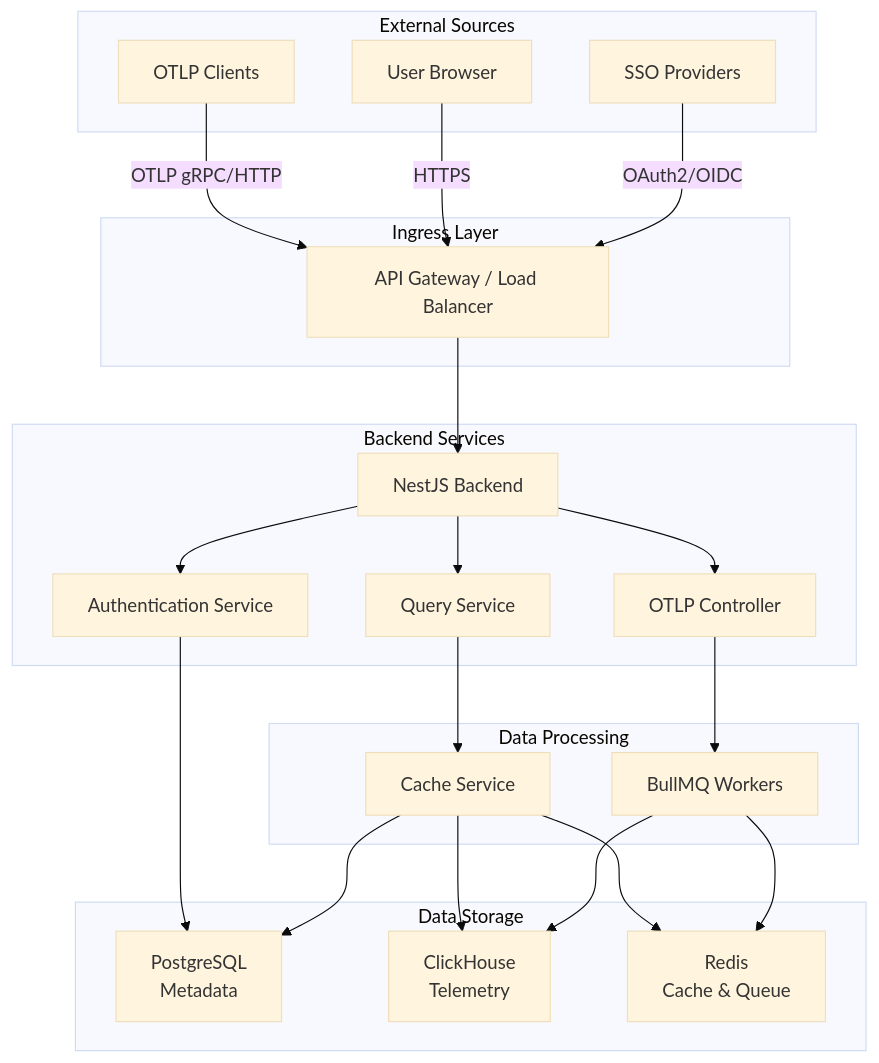
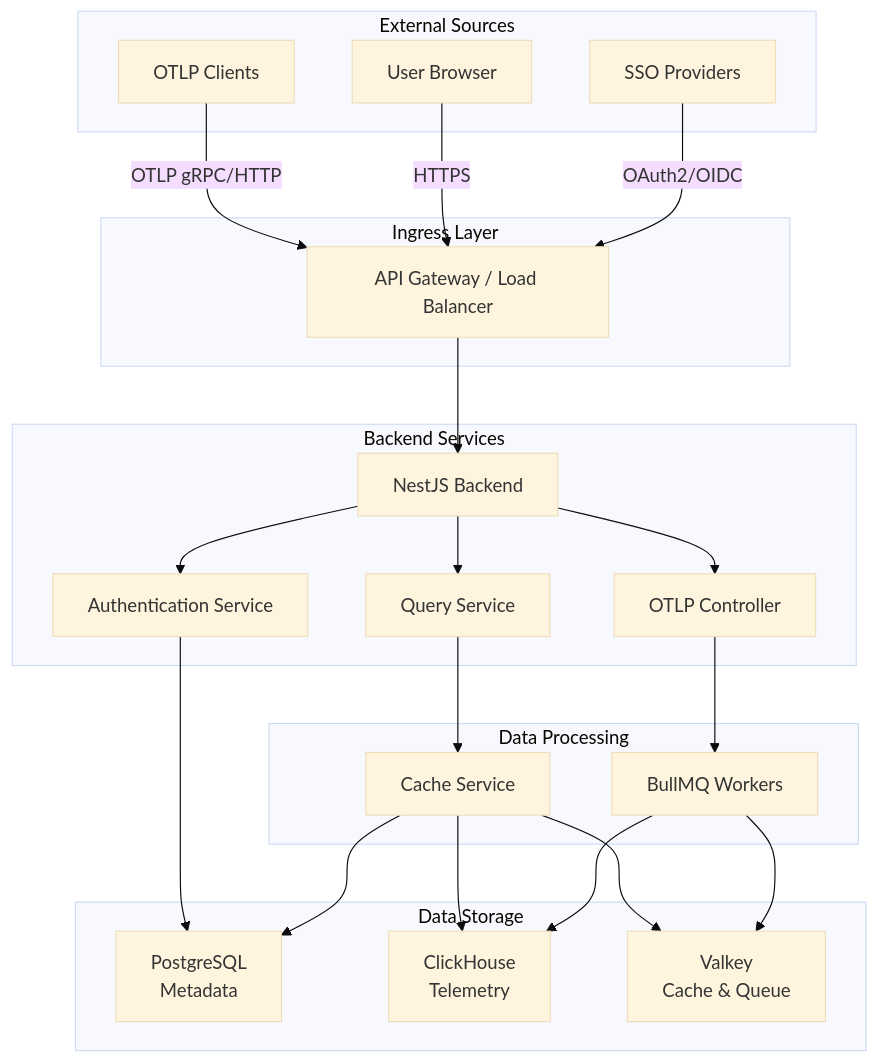
One commit to telemetryflow/telemetryflow-overview changed the first of 14 diagrams in architecture/02-DATA-FLOW.md. Above: the diagram before and after it, drawn with Mermaid (base theme). The commit also changed other lines of this file and 23 other files, not shown here.

First line of the commit message:
docs: relabel Redis->Valkey in architecture/diagrams/prose (follow-up sweep)

````diff
--- a/architecture/02-DATA-FLOW.md
+++ b/architecture/02-DATA-FLOW.md
@@ -33,50 +33,50 @@
 ```mermaid
 graph TB
     subgraph "External Sources"
         A[OTLP Clients]
         B[User Browser]
         C[SSO Providers]
     end
 
     subgraph "Ingress Layer"
         D[API Gateway / Load Balancer]
     end
 
     subgraph "Backend Services"
         E[NestJS Backend]
         F[Authentication Service]
         G[OTLP Controller]
         H[Query Service]
     end
 
     subgraph "Data Processing"
         I[BullMQ Workers]
         J[Cache Service]
     end
 
     subgraph "Data Storage"
         K[PostgreSQL<br/>Metadata]
         L[ClickHouse<br/>Telemetry]
-        M[Redis<br/>Cache & Queue]
+        M[Valkey<br/>Cache & Queue]
     end
 
     A -->|OTLP gRPC/HTTP| D
     B -->|HTTPS| D
     C -->|OAuth2/OIDC| D
 
     D --> E
     E --> F
     E --> G
     E --> H
 
     F --> K
     G --> I
     H --> J
 
     J --> L
     J --> K
     I --> L
 
     J --> M
     I --> M
 ```
````
